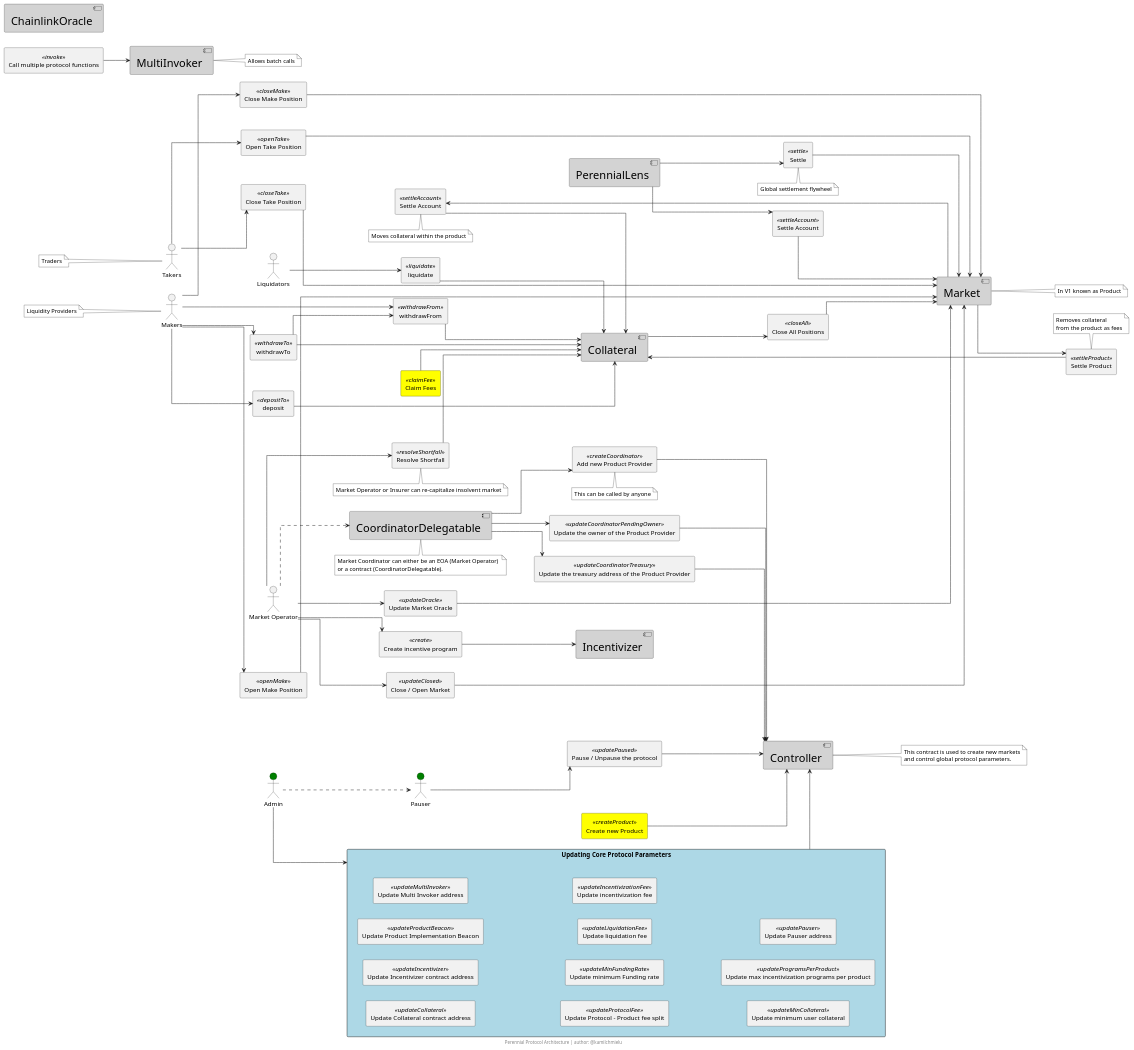
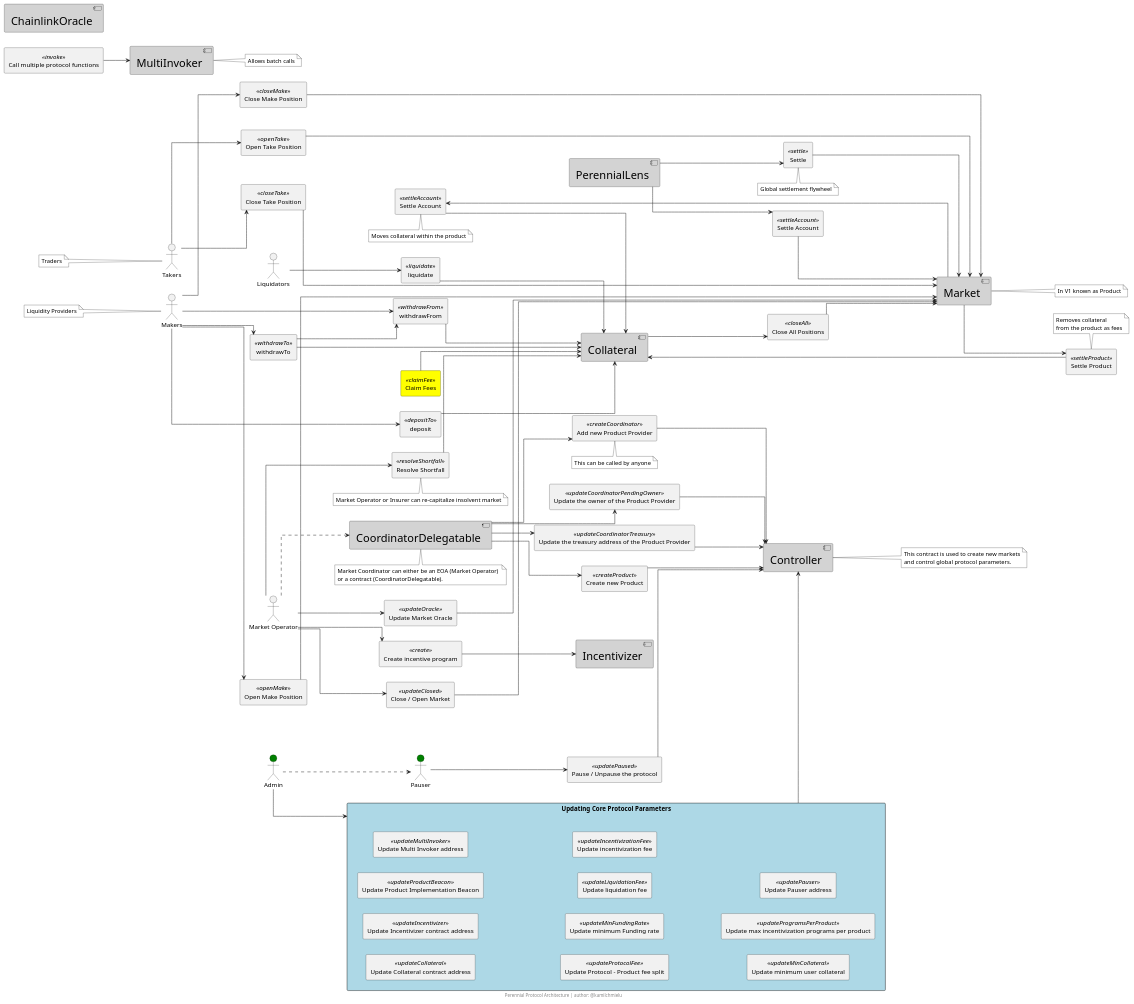
Before and after one commit to ChmielewskiKamil/perennial-notes: the diagram in diagrams/PerennialArchitecture.puml, drawn with PlantUML.

Commit message:
🖼️ Coordinator creates the product

```diff
--- a/diagrams/PerennialArchitecture.puml
+++ b/diagrams/PerennialArchitecture.puml
@@ -78,7 +78,7 @@
 rectangle "Update Market Oracle" as updateOracle <<updateOracle>>
 
 /'Controller'/
-rectangle "Create new Product" as createProduct <<createProduct>> #yellow
+rectangle "Create new Product" as createProduct <<createProduct>>
 rectangle "Add new Product Provider" as createCoordinator <<createCoordinator>>
 rectangle "Update the owner of the Product Provider" as updateCoordinator <<updateCoordinatorPendingOwner>>
 rectangle "Update the treasury address of the Product Provider" as updateTreasury <<updateCoordinatorTreasury>>
@@ -163,6 +163,7 @@
 CoordinatorDelegatable --> createCoordinator
 CoordinatorDelegatable --> updateCoordinator
 CoordinatorDelegatable --> updateTreasury
+CoordinatorDelegatable --> createProduct
 Admin --> UPDATE_PROTOCOL_PARAMS
 Pauser --> pause
 
```
